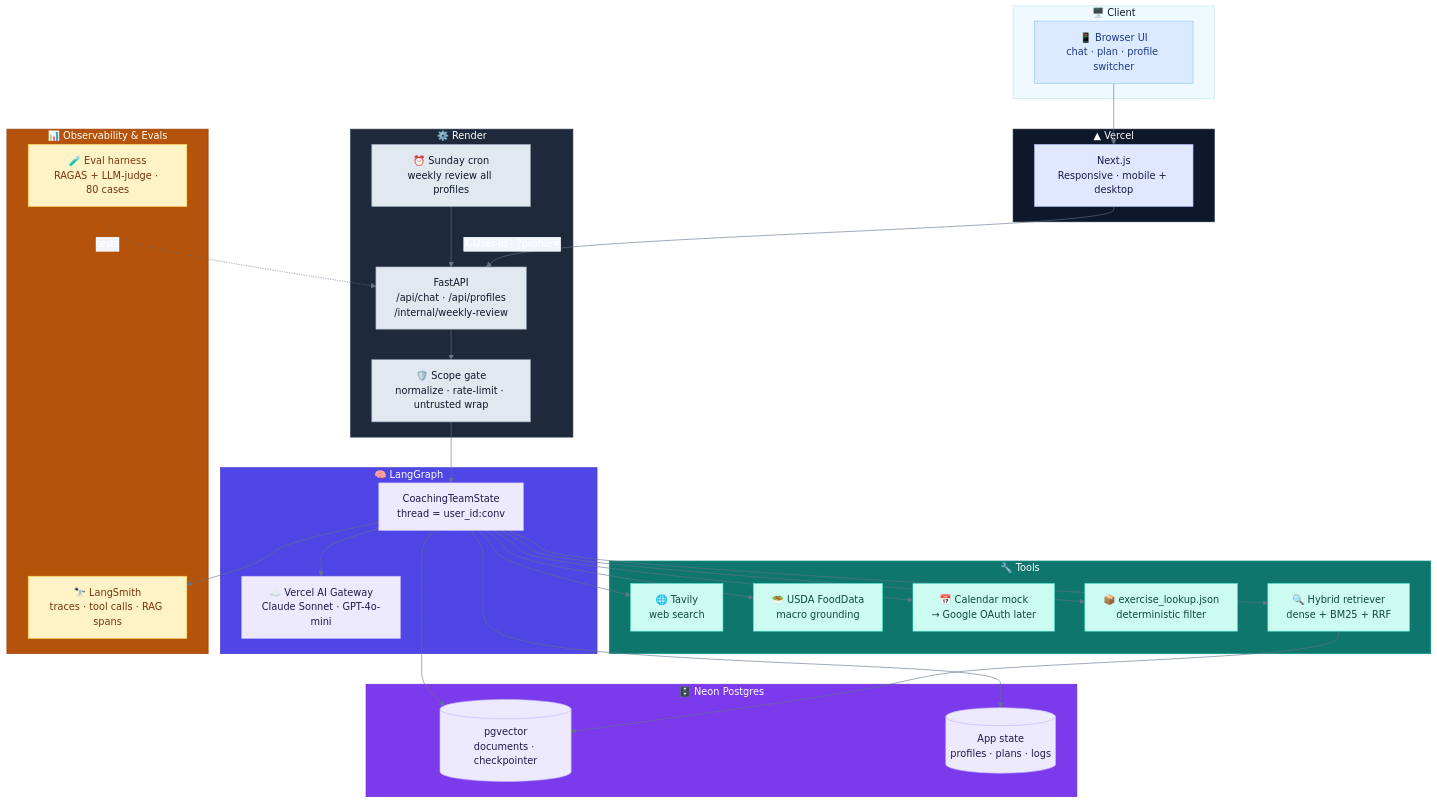
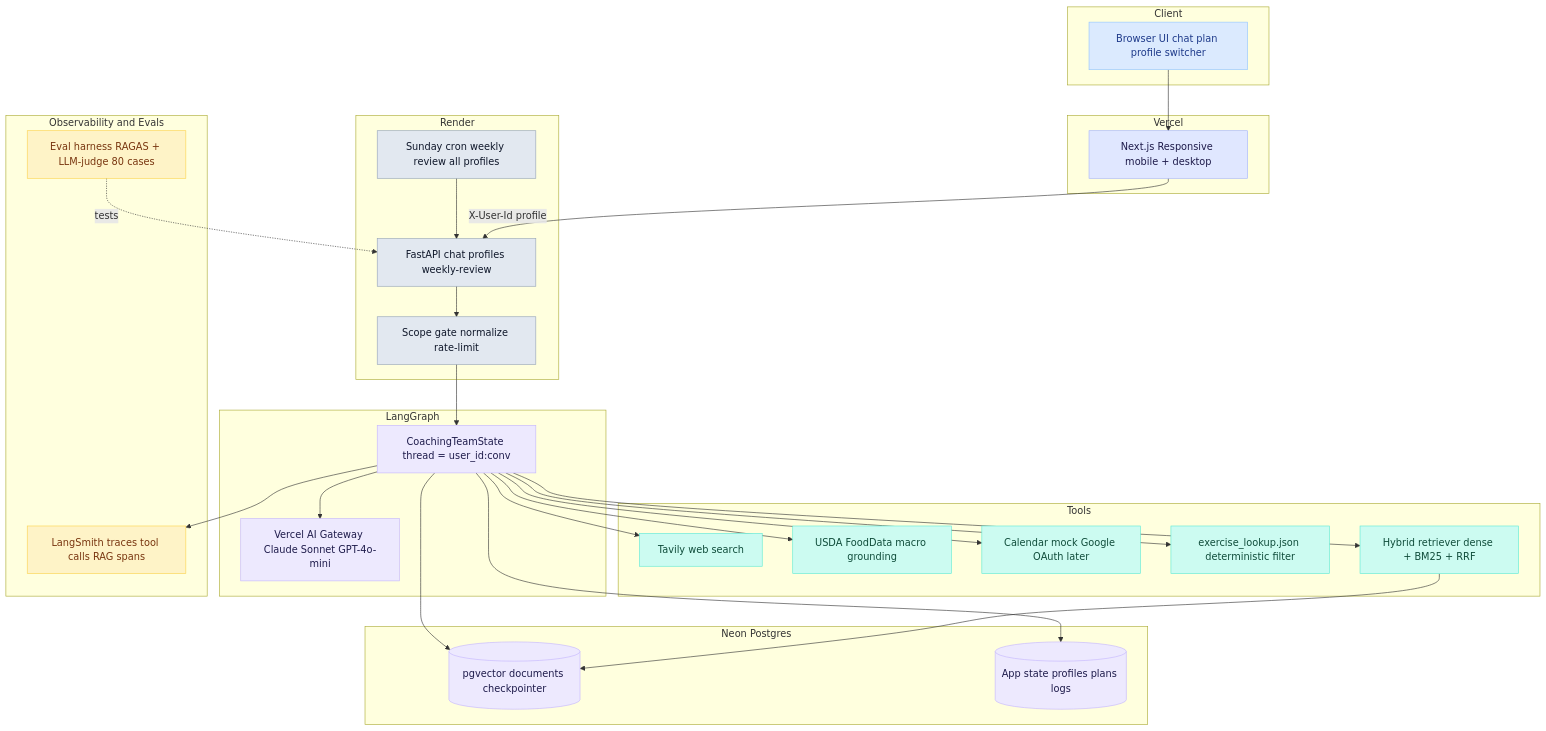
Before and after one commit to saurabhIU/SteadyFit: the second of 3 diagrams in PLAN.md, drawn with Mermaid. The commit also changed other lines of this file and 4 other files, not shown here.

Commit message:
updated mermaid diagrams

````diff
--- a/PLAN.md
+++ b/PLAN.md
@@ -117,89 +103,73 @@
 ```mermaid
-%%{init: {
-  "theme": "base",
-  "themeVariables": {
-    "primaryColor": "#0f172a",
-    "primaryTextColor": "#ffffff",
-    "primaryBorderColor": "#1e293b",
-    "lineColor": "#64748b",
-    "secondaryColor": "#f8fafc",
-    "background": "#f8fafc",
-    "fontFamily": "system-ui, sans-serif",
-    "edgeLabelBackground": "#f1f5f9",
-    "clusterBkg": "#f1f5f9",
-    "clusterBorder": "#cbd5e1"
-  }
-}}%%
 flowchart TD
-    subgraph CLIENT["🖥️  Client"]
-        U["📱 Browser UI\nchat · plan · profile switcher"]
+    subgraph CLIENT[Client]
+        U[Browser UI chat plan profile switcher]
     end
 
-    subgraph FRONTEND["▲  Vercel"]
-        FE["Next.js\nResponsive · mobile + desktop"]
+    subgraph FRONTEND[Vercel]
+        FE[Next.js Responsive mobile + desktop]
     end
 
-    subgraph BACKEND["⚙️  Render"]
-        API["FastAPI\n/api/chat · /api/profiles\n/internal/weekly-review"]
-        GATE["🛡️ Scope gate\nnormalize · rate-limit · untrusted wrap"]
-        CRON["⏰ Sunday cron\nweekly review all profiles"]
+    subgraph BACKEND[Render]
+        API[FastAPI chat profiles weekly-review]
+        GATE[Scope gate normalize rate-limit]
+        CRON[Sunday cron weekly review all profiles]
     end
 
-    subgraph AGENTS["🧠  LangGraph"]
-        LG["CoachingTeamState\nthread = user_id:conv"]
-        GW["☁️ Vercel AI Gateway\nClaude Sonnet · GPT-4o-mini"]
+    subgraph AGENTS[LangGraph]
+        LG[CoachingTeamState thread = user_id:conv]
+        GW[Vercel AI Gateway Claude Sonnet GPT-4o-mini]
     end
 
-    subgraph TOOLS["🔧  Tools"]
-        TAV["🌐 Tavily\nweb search"]
-        FOOD["🥗 USDA FoodData\nmacro grounding"]
-        CAL["📅 Calendar mock\n→ Google OAuth later"]
-        XL["📦 exercise_lookup.json\ndeterministic filter"]
-        RET["🔍 Hybrid retriever\ndense + BM25 + RRF"]
+    subgraph TOOLS[Tools]
+        TAV[Tavily web search]
+        FOOD[USDA FoodData macro grounding]
+        CAL[Calendar mock Google OAuth later]
+        XL[exercise_lookup.json deterministic filter]
+        RET[Hybrid retriever dense + BM25 + RRF]
     end
 
-    subgraph STORAGE["🗄️  Neon Postgres"]
-        PG[("pgvector\ndocuments · checkpointer")]
-        APP[("App state\nprofiles · plans · logs")]
+    subgraph STORAGE[Neon Postgres]
+        PG[(pgvector documents checkpointer)]
+        APP[(App state profiles plans logs)]
     end
 
-    subgraph OBS["📊  Observability & Evals"]
-        LS["🔭 LangSmith\ntraces · tool calls · RAG spans"]
-        EV["🧪 Eval harness\nRAGAS + LLM-judge · 80 cases"]
+    subgraph OBS[Observability and Evals]
+        LS[LangSmith traces tool calls RAG spans]
+        EV[Eval harness RAGAS + LLM-judge 80 cases]
     end
 
     U --> FE
-    FE -->|"X-User-Id · ?profile="| API
+    FE -->|X-User-Id profile| API
     CRON --> API
-    API --> GATE --> LG
+    API --> GATE
+    GATE --> LG
     LG --> GW
-    LG --> TAV & FOOD & CAL & XL & RET
+    LG --> TAV
+    LG --> FOOD
+    LG --> CAL
+    LG --> XL
+    LG --> RET
     RET --> PG
-    LG --> PG & APP
+    LG --> PG
+    LG --> APP
     LG --> LS
-    EV -.->|"tests"| API
+    EV -.->|tests| API
 
-    style CLIENT fill:#f0f9ff,stroke:#bae6fd,color:#0f172a
-    style FRONTEND fill:#0f172a,stroke:#1e293b,color:#fff
-    style BACKEND fill:#1e293b,stroke:#334155,color:#fff
-    style AGENTS fill:#4f46e5,stroke:#4338ca,color:#fff
-    style TOOLS fill:#0f766e,stroke:#0d9488,color:#fff
-    style STORAGE fill:#7c3aed,stroke:#6d28d9,color:#fff
-    style OBS fill:#b45309,stroke:#92400e,color:#fff
-    style U fill:#dbeafe,color:#1e3a8a,stroke:#93c5fd
-    style FE fill:#e0e7ff,color:#1e1b4b,stroke:#a5b4fc
-    style API fill:#e2e8f0,color:#0f172a,stroke:#94a3b8
-    style GATE fill:#e2e8f0,color:#0f172a,stroke:#94a3b8
-    style CRON fill:#e2e8f0,color:#0f172a,stroke:#94a3b8
-    style LG fill:#ede9fe,color:#1e1b4b,stroke:#c4b5fd
-    style GW fill:#ede9fe,color:#1e1b4b,stroke:#c4b5fd
-    style TAV fill:#ccfbf1,color:#0f4c3a,stroke:#5eead4
-    style FOOD fill:#ccfbf1,color:#0f4c3a,stroke:#5eead4
-    style CAL fill:#ccfbf1,color:#0f4c3a,stroke:#5eead4
-    style XL fill:#ccfbf1,color:#0f4c3a,stroke:#5eead4
-    style RET fill:#ccfbf1,color:#0f4c3a,stroke:#5eead4
-    style PG fill:#ede9fe,color:#1e1b4b,stroke:#c4b5fd
-    style APP fill:#ede9fe,color:#1e1b4b,stroke:#c4b5fd
-    style LS fill:#fef3c7,color:#78350f,stroke:#fcd34d
-    style EV fill:#fef3c7,color:#78350f,stroke:#fcd34d
+    style U fill:#dbeafe,stroke:#93c5fd,color:#1e3a8a
+    style FE fill:#e0e7ff,stroke:#a5b4fc,color:#1e1b4b
+    style API fill:#e2e8f0,stroke:#94a3b8,color:#0f172a
+    style GATE fill:#e2e8f0,stroke:#94a3b8,color:#0f172a
+    style CRON fill:#e2e8f0,stroke:#94a3b8,color:#0f172a
+    style LG fill:#ede9fe,stroke:#c4b5fd,color:#1e1b4b
+    style GW fill:#ede9fe,stroke:#c4b5fd,color:#1e1b4b
+    style TAV fill:#ccfbf1,stroke:#5eead4,color:#0f4c3a
+    style FOOD fill:#ccfbf1,stroke:#5eead4,color:#0f4c3a
+    style CAL fill:#ccfbf1,stroke:#5eead4,color:#0f4c3a
+    style XL fill:#ccfbf1,stroke:#5eead4,color:#0f4c3a
+    style RET fill:#ccfbf1,stroke:#5eead4,color:#0f4c3a
+    style PG fill:#ede9fe,stroke:#c4b5fd,color:#1e1b4b
+    style APP fill:#ede9fe,stroke:#c4b5fd,color:#1e1b4b
+    style LS fill:#fef3c7,stroke:#fcd34d,color:#78350f
+    style EV fill:#fef3c7,stroke:#fcd34d,color:#78350f
 ```
````
